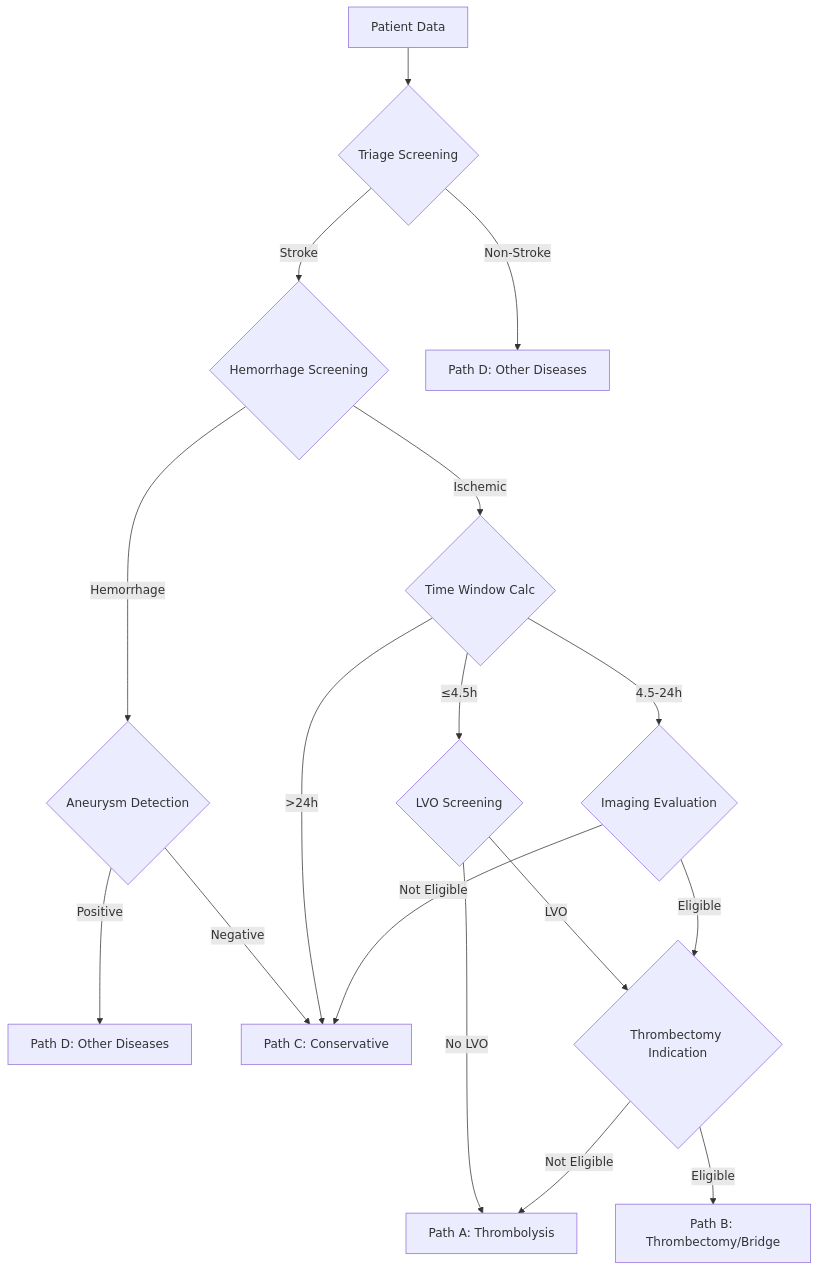
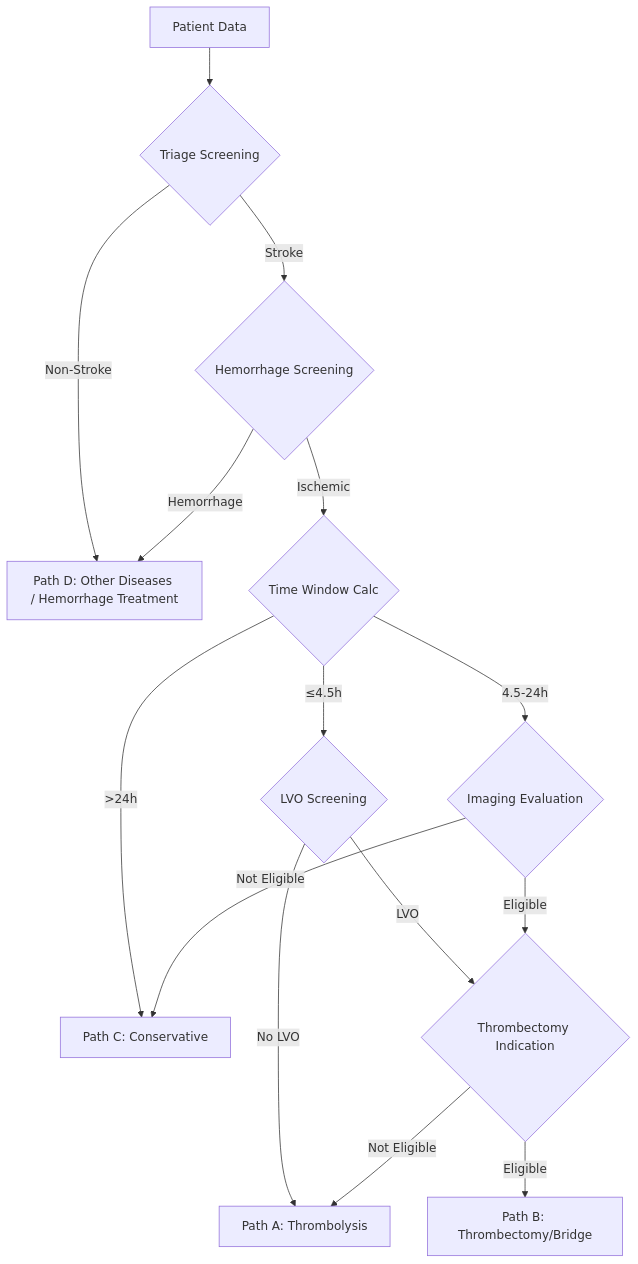
One commit to lz-code-2844/Stroke-CDSS changed the diagram in README.md. Above: the diagram before and after it, drawn with Mermaid. The commit also changed other lines of this file and 35 other files, not shown here.

````diff
--- a/README.md
+++ b/README.md
@@ -127,19 +127,17 @@
 ```mermaid
 graph TD
     A[Patient Data] --> B{Triage Screening}
     B -->|Stroke| C{Hemorrhage Screening}
-    B -->|Non-Stroke| D[Path D: Other Diseases]
-    C -->|Hemorrhage| E{Aneurysm Detection}
+    B -->|Non-Stroke| D[Path D: Other Diseases / Hemorrhage Treatment]
+    C -->|Hemorrhage| D
     C -->|Ischemic| F{Time Window Calc}
-    E -->|Positive| G[Path D: Other Diseases]
-    E -->|Negative| H[Path C: Conservative]
-    F -->|>24h| H
+    F -->|>24h| H[Path C: Conservative]
     F -->|≤4.5h| I{LVO Screening}
     F -->|4.5-24h| J{Imaging Evaluation}
     I -->|No LVO| K[Path A: Thrombolysis]
     I -->|LVO| L{Thrombectomy Indication}
     J -->|Not Eligible| H
     J -->|Eligible| L
     L -->|Eligible| M[Path B: Thrombectomy/Bridge]
     L -->|Not Eligible| K
 ```
````
